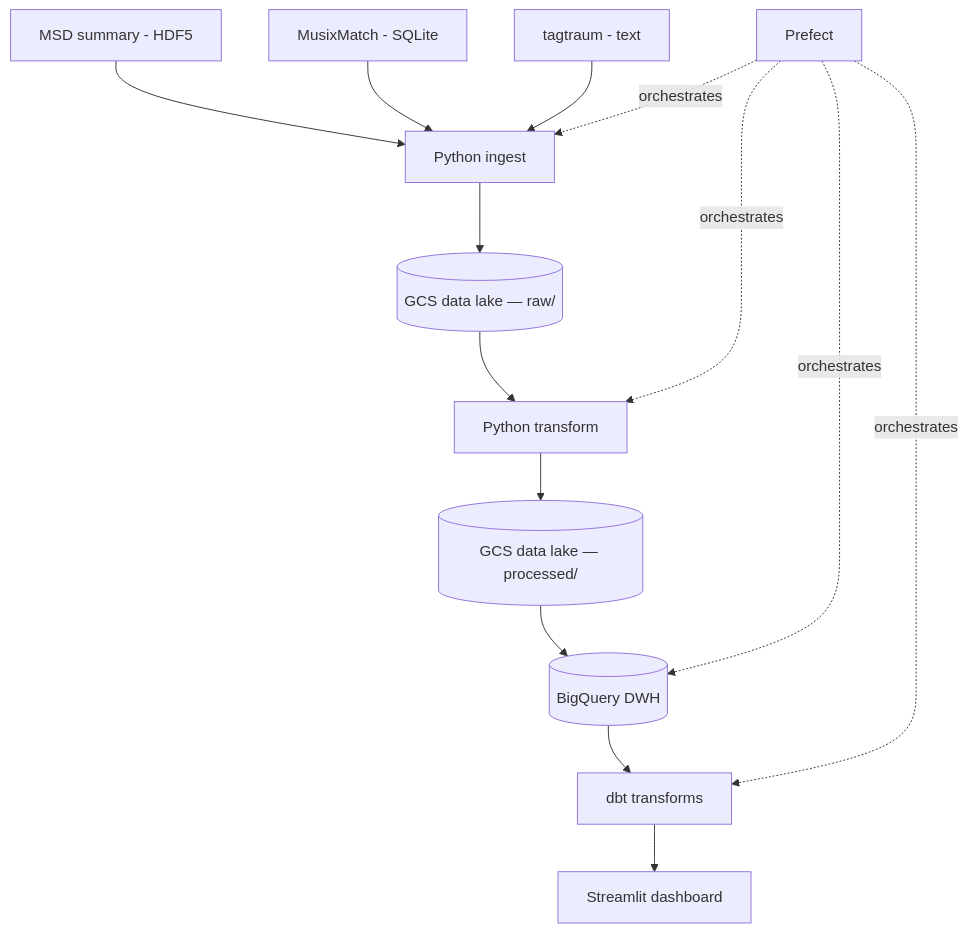
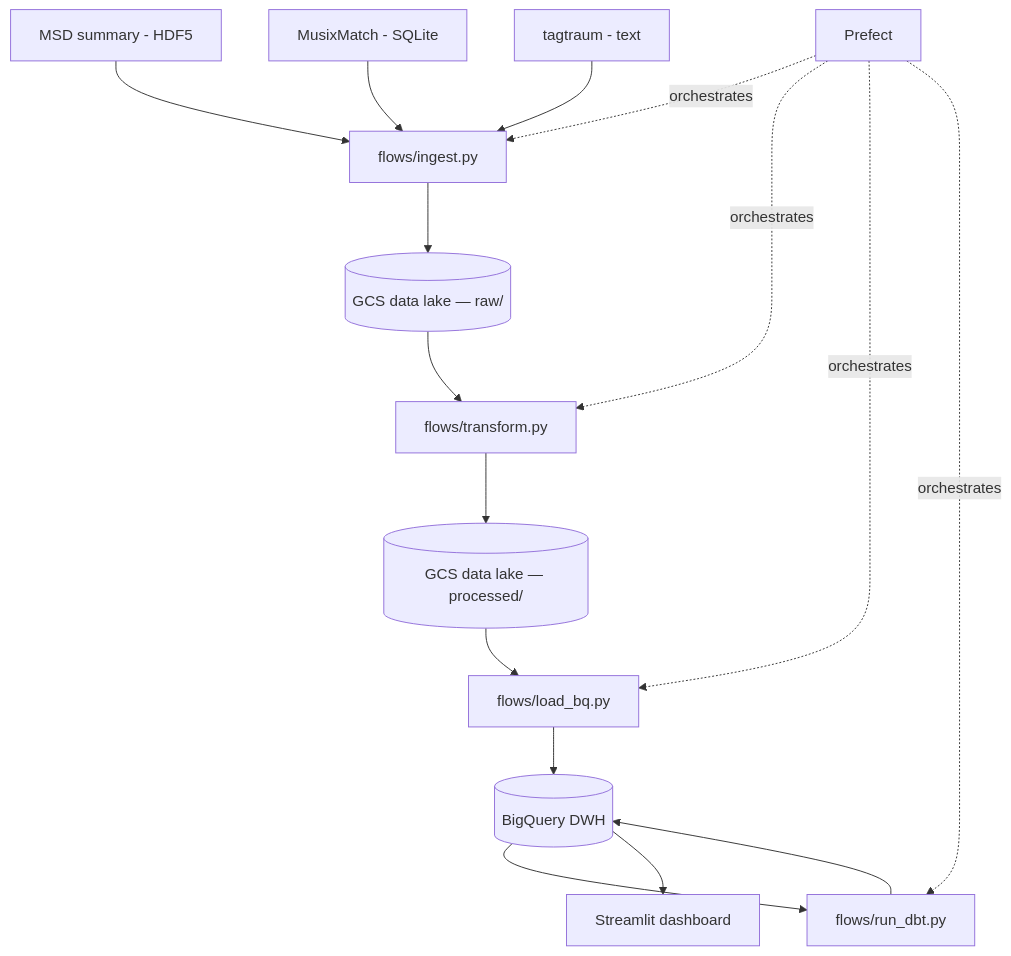
Before and after one commit to malbiruk/million-songs-pipeline: the diagram in README.md, drawn with Mermaid. The commit also changed other lines of this file and 3 other files, not shown here.

````diff
--- a/README.md
+++ b/README.md
@@ -24,17 +25,19 @@
 ```mermaid
 graph TD
-    MSD[MSD summary - HDF5] --> ingest[Python ingest]
+    MSD[MSD summary - HDF5] --> ingest[flows/ingest.py]
     MXM[MusixMatch - SQLite] --> ingest
     TAG[tagtraum - text] --> ingest
     ingest --> GCS[(GCS data lake — raw/)]
-    GCS --> transform[Python transform]
+    GCS --> transform[flows/transform.py]
     transform --> GCS2[(GCS data lake — processed/)]
-    GCS2 --> BQ[(BigQuery DWH)]
-    BQ --> dbt[dbt transforms]
-    dbt --> ST[Streamlit dashboard]
+    GCS2 --> load[flows/load_bq.py]
+    load --> BQ[(BigQuery DWH)]
+    BQ --> dbt[flows/run_dbt.py]
+    dbt --> BQ
+    BQ --> ST[Streamlit dashboard]
 
     Prefect -.orchestrates.-> ingest
     Prefect -.orchestrates.-> transform
-    Prefect -.orchestrates.-> BQ
+    Prefect -.orchestrates.-> load
     Prefect -.orchestrates.-> dbt
 ```
````
